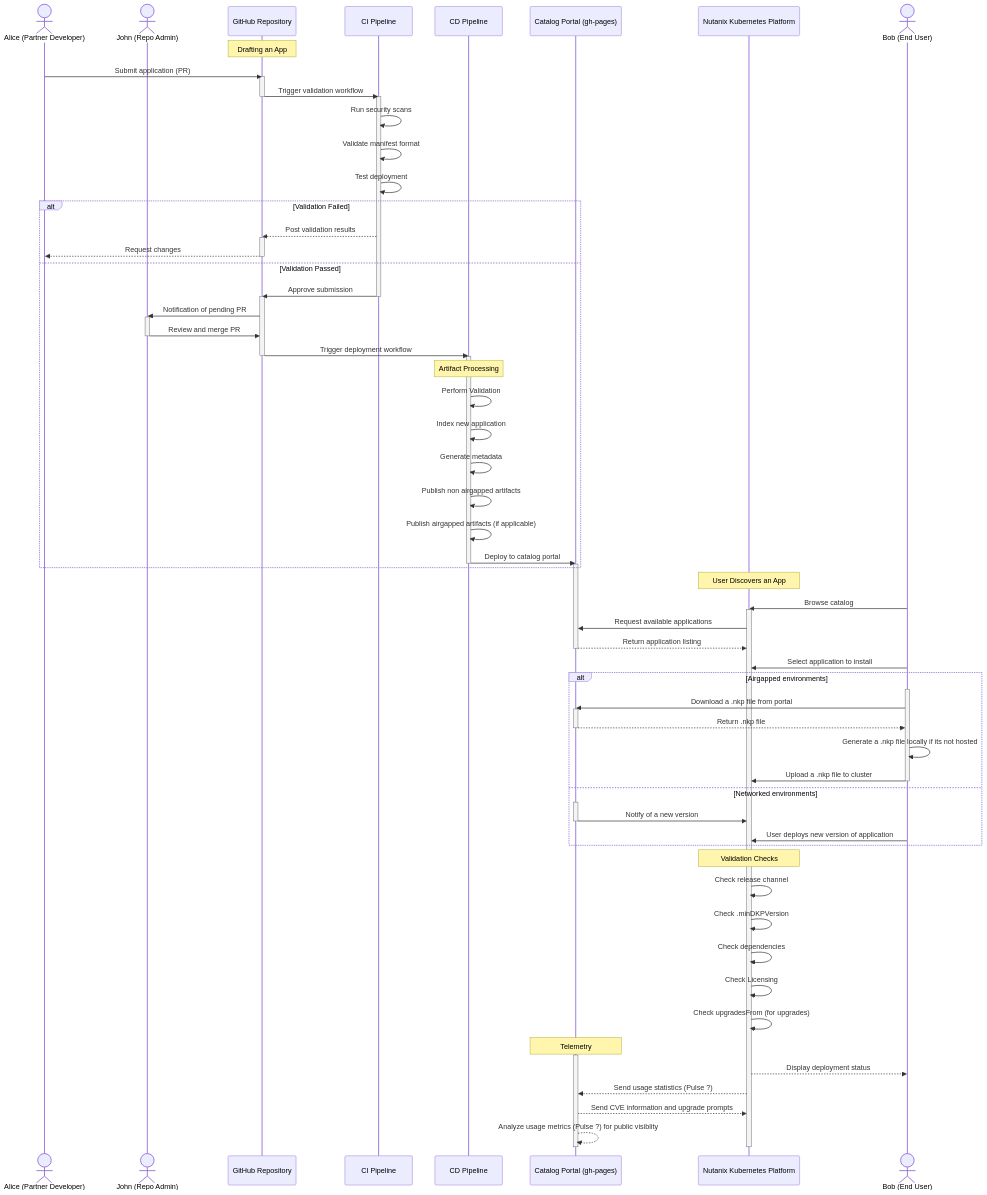
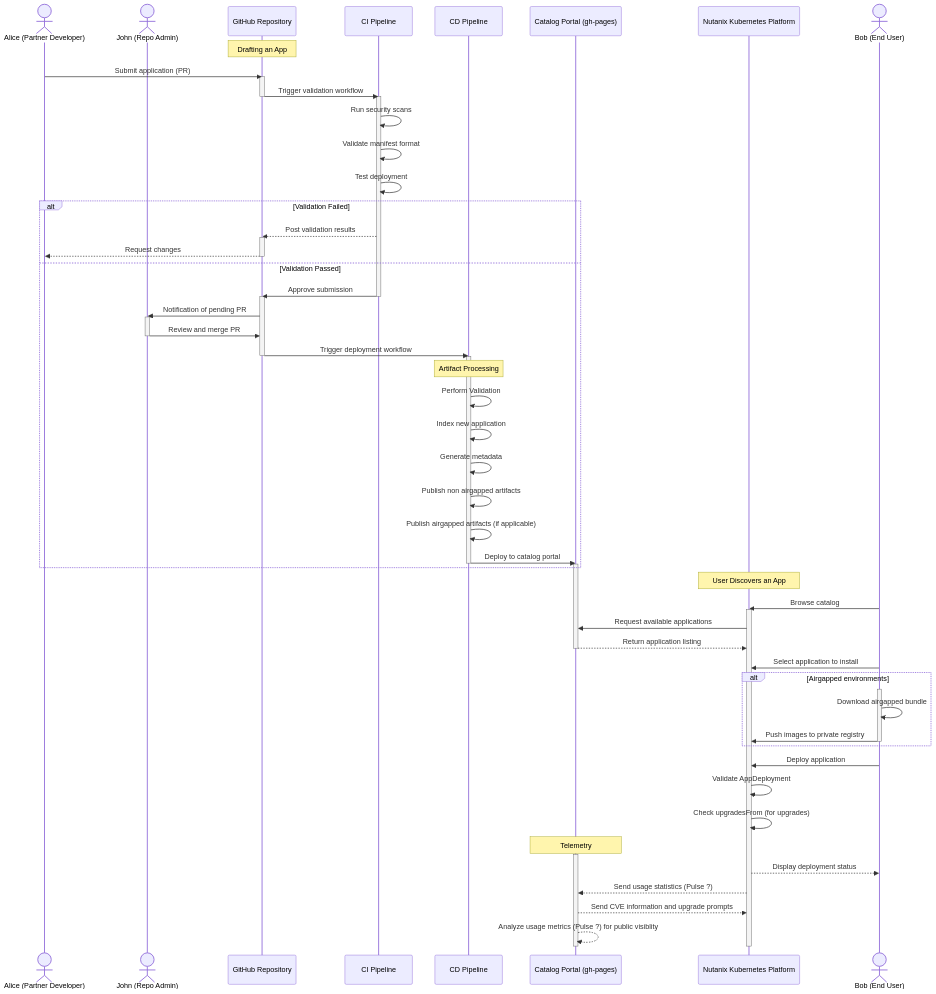
One commit to nutanix-cloud-native/nkp-partner-catalog changed the diagram in docs/source/getting-started/end-to-end-workflow.mdx. Above: the diagram before and after it, drawn with Mermaid. The commit also changed other lines of this file and 127 other files, not shown here.

```diff
--- a/docs/source/getting-started/end-to-end-workflow.mdx
+++ b/docs/source/getting-started/end-to-end-workflow.mdx
@@ -78,25 +72,13 @@
 
     alt Airgapped environments
       activate Bob
-      Bob->>Catalog: Download a .nkp file from portal
-      activate Catalog
-      Catalog-->>Bob: Return .nkp file
-      deactivate Catalog
-      Bob->>Bob: Generate a .nkp file locally if its not hosted
-      Bob->>NKP: Upload a .nkp file to cluster
+      Bob->>Bob: Download airgapped bundle
+      Bob->>NKP: Push images to private registry
       deactivate Bob
-    else Networked environments
-      activate Catalog
-      Catalog->>NKP: Notify of a new version
-      deactivate Catalog
-      Bob->>NKP: User deploys new version of application
     end
 
-    Note over NKP: Validation Checks
-    NKP->>NKP: Check release channel
-    NKP->>NKP: Check .minDKPVersion
-    NKP->>NKP: Check dependencies
-    NKP->>NKP: Check Licensing
+    Bob->>NKP: Deploy application
+    NKP->>NKP: Validate AppDeployment
     NKP->>NKP: Check upgradesFrom (for upgrades)
 
     Note over Catalog: Telemetry
```
